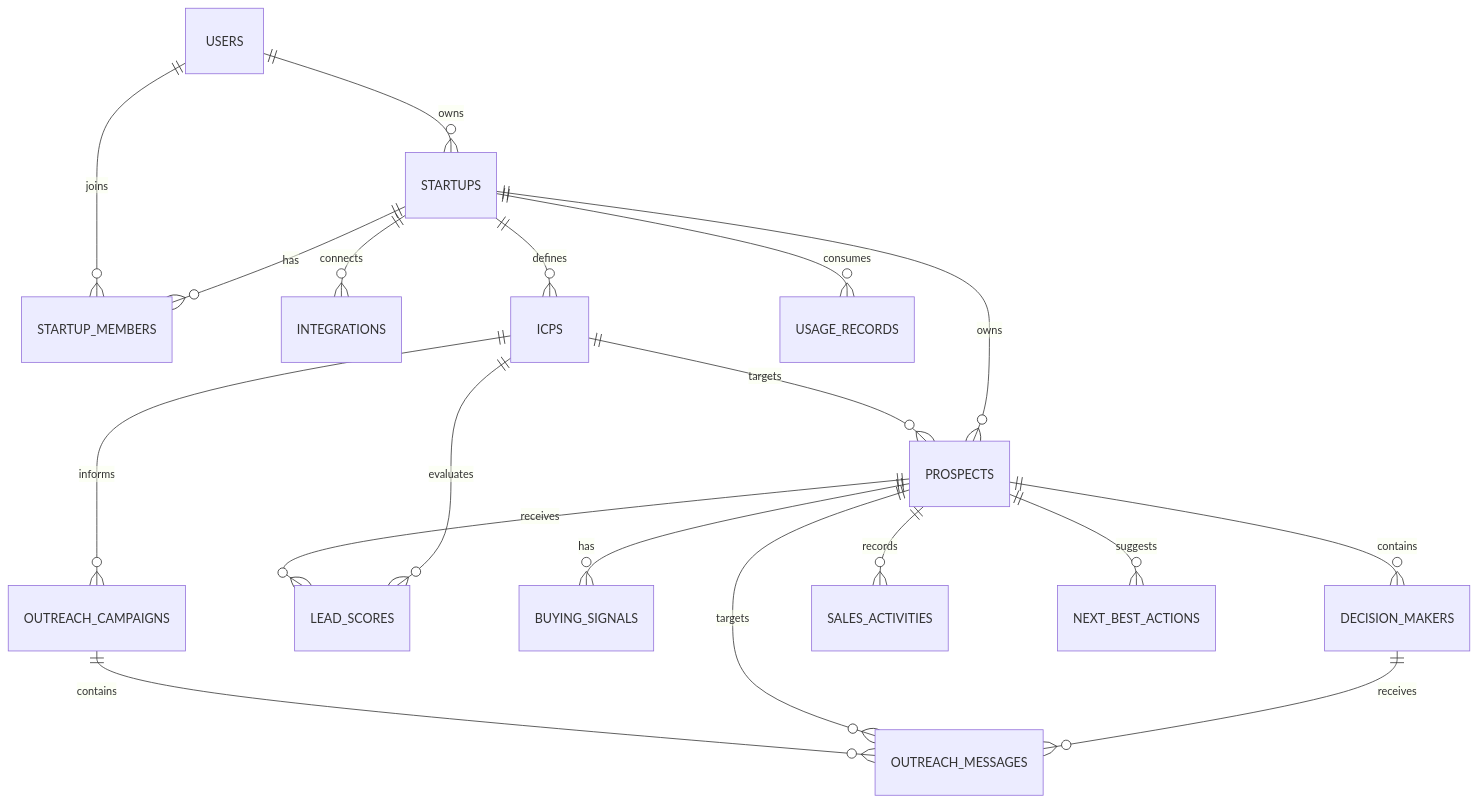
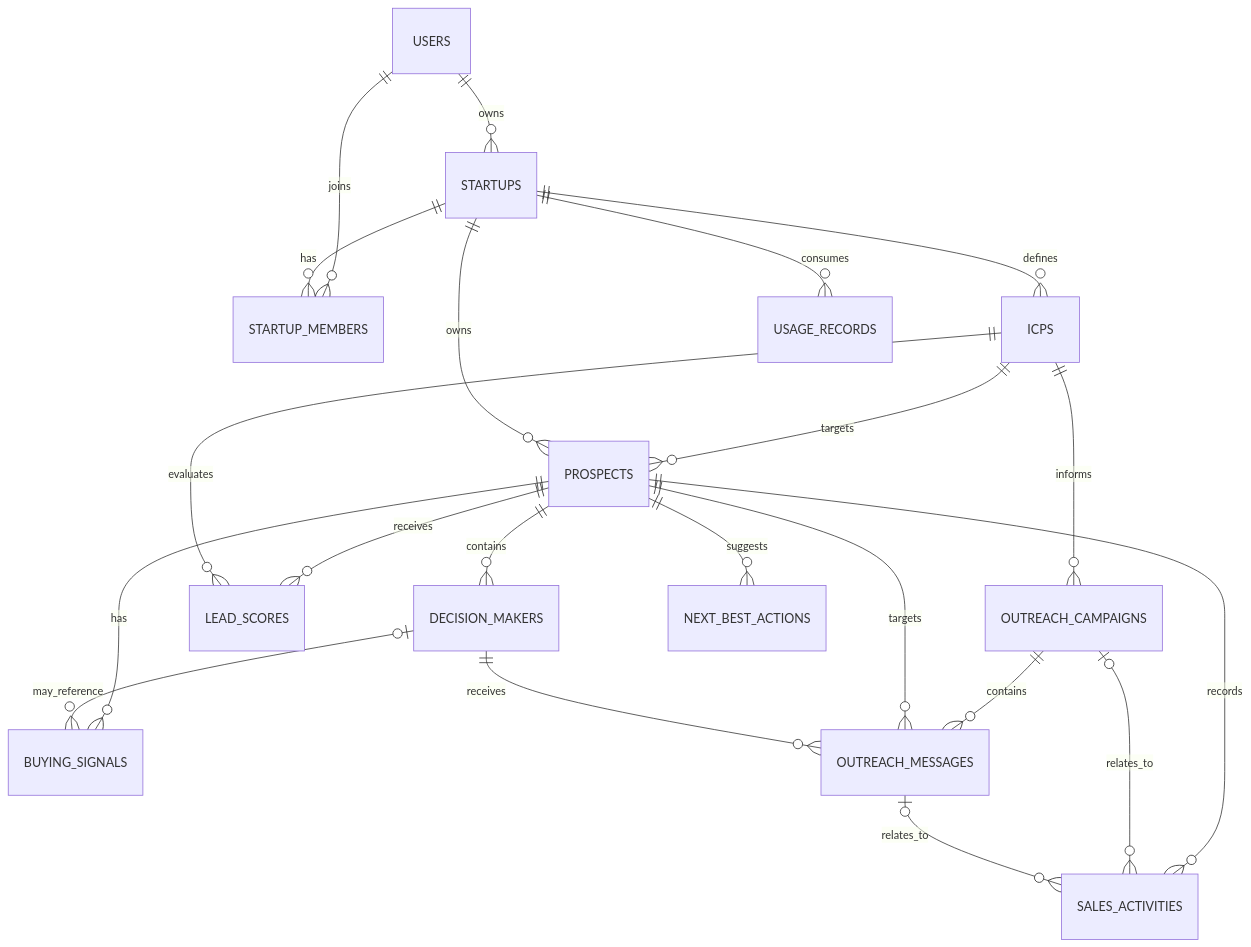
Before and after one commit to NAVEENKUMAR-T-GIT-28/BlueCode-OS: the diagram in docs/DATABASE_ARCHITECTURE.md, drawn with Mermaid. The commit also changed other lines of this file, not shown here.

Commit message:
Database schema finalized

````diff
--- a/docs/DATABASE_ARCHITECTURE.md
+++ b/docs/DATABASE_ARCHITECTURE.md
@@ -912,21 +613,23 @@
-``` mermaid
+```mermaid
 erDiagram
     USERS ||--o{ STARTUPS : owns
     USERS ||--o{ STARTUP_MEMBERS : joins
     STARTUPS ||--o{ STARTUP_MEMBERS : has
-    STARTUPS ||--o{ INTEGRATIONS : connects
     STARTUPS ||--o{ ICPS : defines
     ICPS ||--o{ PROSPECTS : targets
     STARTUPS ||--o{ PROSPECTS : owns
     PROSPECTS ||--o{ DECISION_MAKERS : contains
     PROSPECTS ||--o{ LEAD_SCORES : receives
     ICPS ||--o{ LEAD_SCORES : evaluates
     PROSPECTS ||--o{ BUYING_SIGNALS : has
+    DECISION_MAKERS o|--o{ BUYING_SIGNALS : may_reference
     ICPS ||--o{ OUTREACH_CAMPAIGNS : informs
     OUTREACH_CAMPAIGNS ||--o{ OUTREACH_MESSAGES : contains
     PROSPECTS ||--o{ OUTREACH_MESSAGES : targets
     DECISION_MAKERS ||--o{ OUTREACH_MESSAGES : receives
     PROSPECTS ||--o{ SALES_ACTIVITIES : records
+    OUTREACH_CAMPAIGNS o|--o{ SALES_ACTIVITIES : relates_to
+    OUTREACH_MESSAGES o|--o{ SALES_ACTIVITIES : relates_to
     PROSPECTS ||--o{ NEXT_BEST_ACTIONS : suggests
     STARTUPS ||--o{ USAGE_RECORDS : consumes
 ```
````
